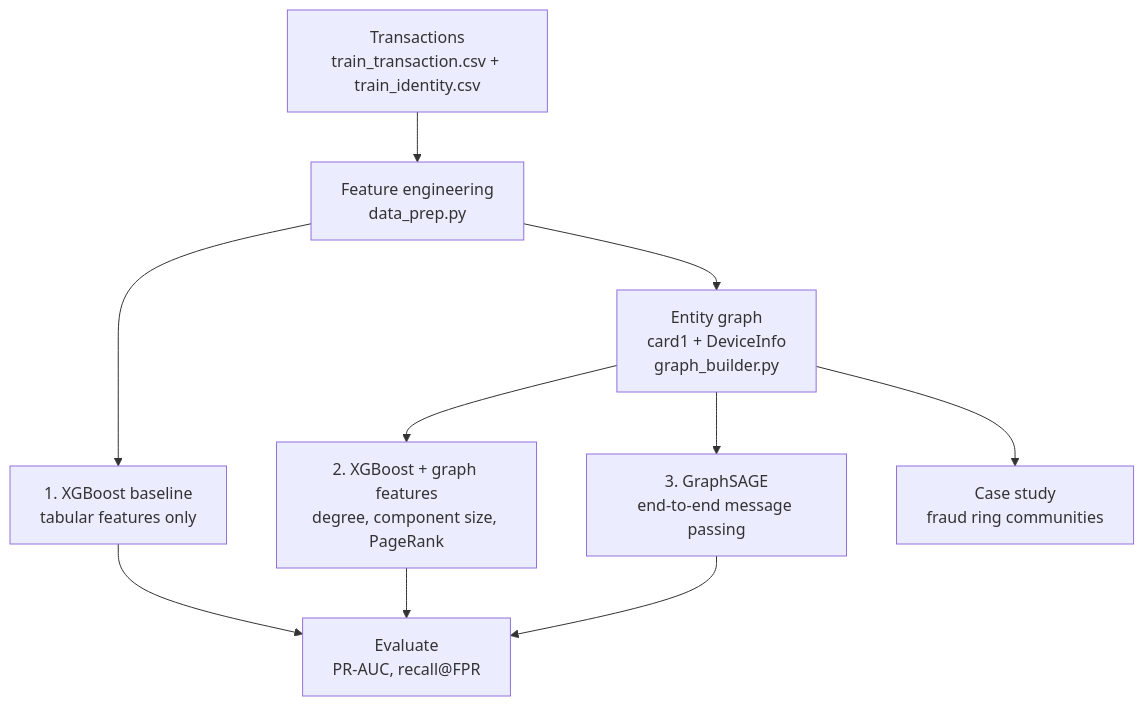
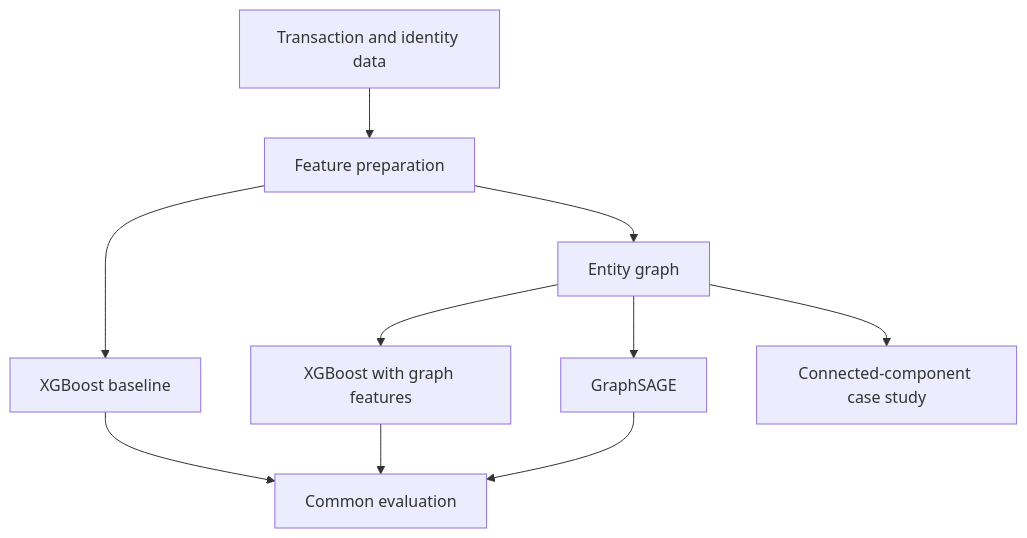
One commit to dhyanagni2001-commits/FraudMesh changed the diagram in README.md. Above: the diagram before and after it, drawn with Mermaid. The commit also changed other lines of this file, not shown here.

````diff
--- a/README.md
+++ b/README.md
@@ -21,12 +33,12 @@
 ```mermaid
 flowchart TD
-    A["Transactions<br/>train_transaction.csv + train_identity.csv"] --> B["Feature engineering<br/>data_prep.py"]
-    B --> C1["1. XGBoost baseline<br/>tabular features only"]
-    B --> D["Entity graph<br/>card1 + DeviceInfo<br/>graph_builder.py"]
-    D --> C2["2. XGBoost + graph features<br/>degree, component size, PageRank"]
-    D --> C3["3. GraphSAGE<br/>end-to-end message passing"]
-    D --> F["Case study<br/>fraud ring communities"]
-    C1 --> E["Evaluate<br/>PR-AUC, recall@FPR"]
-    C2 --> E
-    C3 --> E
+    A[Transaction and identity data] --> B[Feature preparation]
+    B --> C[XGBoost baseline]
+    B --> D[Entity graph]
+    D --> E[XGBoost with graph features]
+    D --> F[GraphSAGE]
+    C --> G[Common evaluation]
+    E --> G
+    F --> G
+    D --> H[Connected-component case study]
 ```
````
